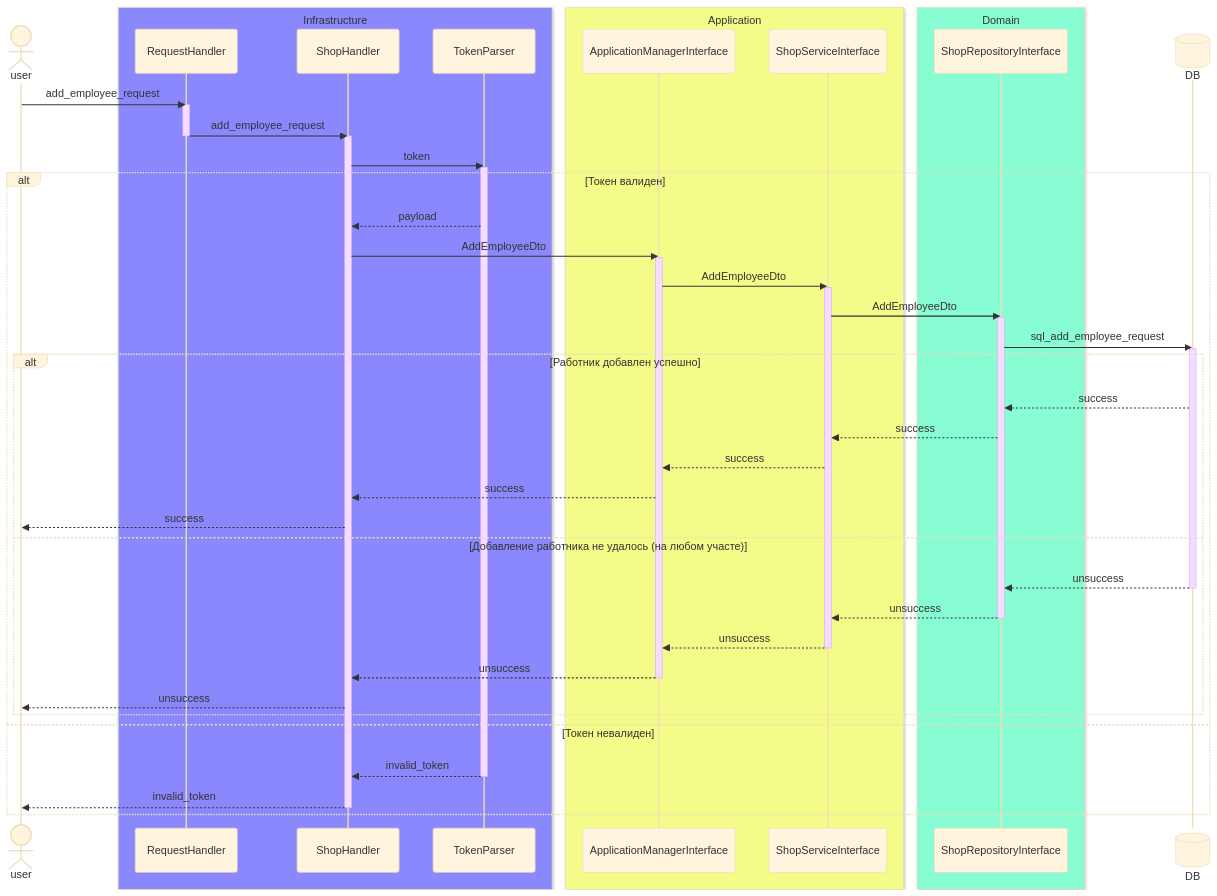
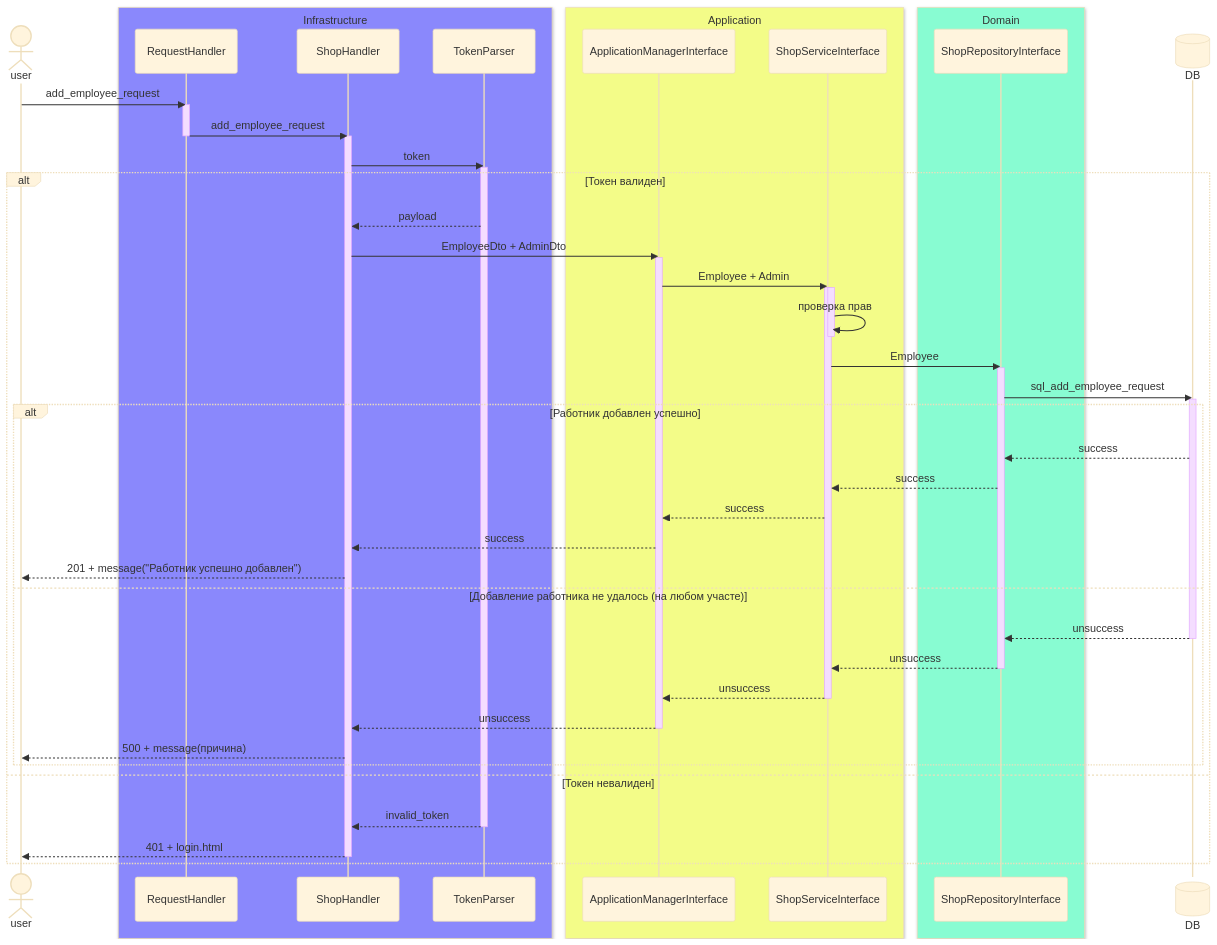
Diagram 13 of 13 in README.md (DRUsmanov/the_system_project), drawn with Mermaid (base theme) before and after one commit.

```diff
--- a/README.md
+++ b/README.md
@@ -513,13 +513,16 @@
 
 alt Токен валиден
 TokenParser -->> ShopHandler: payload
-ShopHandler ->> ApplicationManagerInterface: AddEmployeeDto
+ShopHandler ->> ApplicationManagerInterface: EmployeeDto + AdminDto
 
 activate ApplicationManagerInterface
-ApplicationManagerInterface ->> ShopServiceInterface: AddEmployeeDto
+ApplicationManagerInterface ->> ShopServiceInterface: Employee + Admin
 
 activate ShopServiceInterface
-ShopServiceInterface ->> ShopRepositoryInterface: AddEmployeeDto
+activate ShopServiceInterface
+ShopServiceInterface ->> ShopServiceInterface: проверка прав
+deactivate ShopServiceInterface
+ShopServiceInterface ->> ShopRepositoryInterface: Employee
 
 activate ShopRepositoryInterface
 ShopRepositoryInterface ->> DB: sql_add_employee_request
@@ -536,7 +539,7 @@
 
 ApplicationManagerInterface -->> ShopHandler: success
 
-ShopHandler -->> user: success
+ShopHandler -->> user: 201 + message("Работник успешно добавлен")
 
 else Добавление работника не удалось (на любом участе)
 
@@ -552,7 +555,7 @@
 ApplicationManagerInterface -->> ShopHandler: unsuccess
 deactivate ApplicationManagerInterface
 
-ShopHandler -->> user: unsuccess
+ShopHandler -->> user: 500 + message(причина)
 
 end
 
@@ -561,7 +564,7 @@
 TokenParser -->> ShopHandler: invalid_token
 deactivate TokenParser
 
-ShopHandler -->> user: invalid_token
+ShopHandler -->> user: 401 + login.html
 deactivate ShopHandler
 
 end
```
